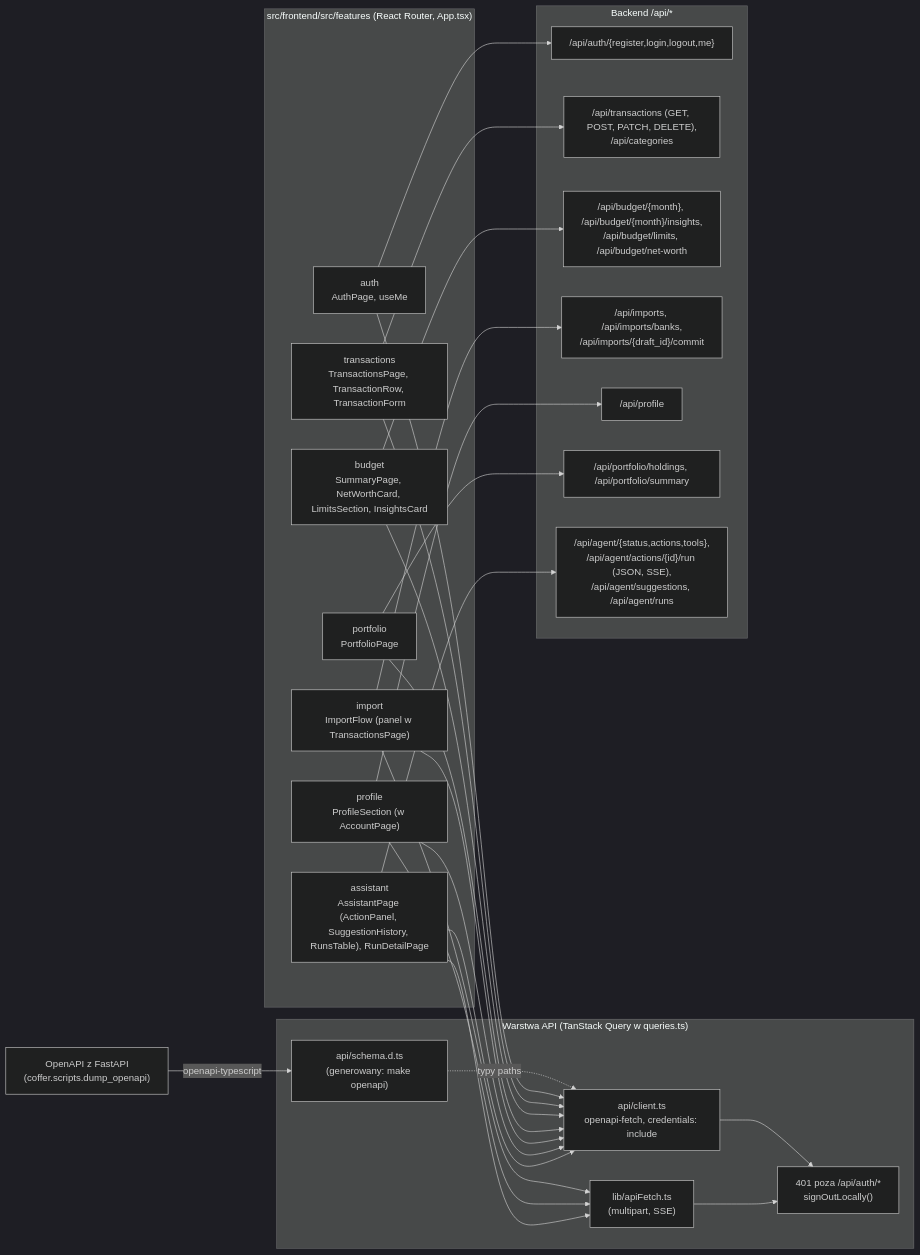
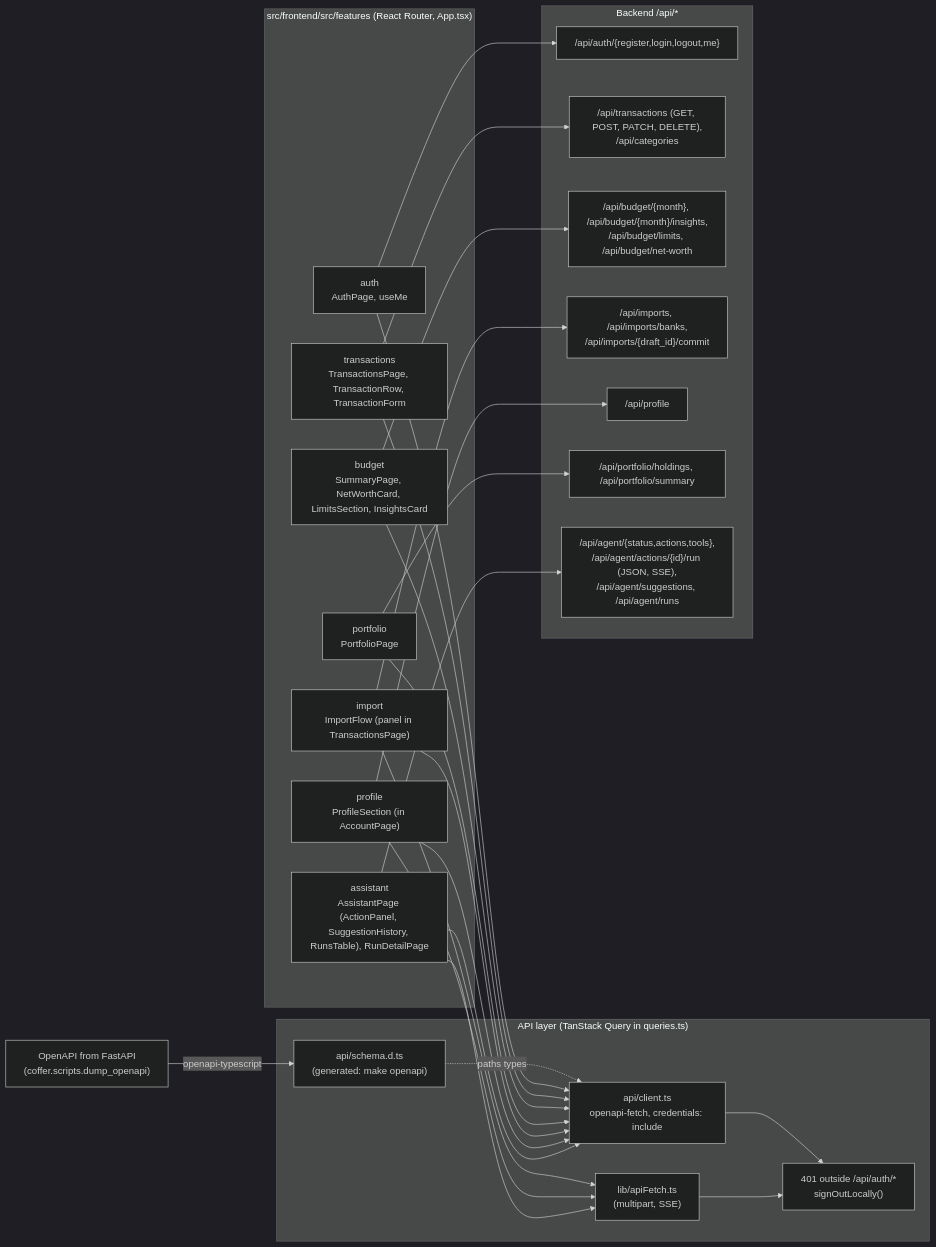
Before and after one commit to krzysztof-wojtowicz/coffer-demo: the fourth of 8 diagrams in docs/architecture.md, drawn with Mermaid (dark theme). The commit also changed other lines of this file and 147 other files, not shown here.

````diff
--- a/docs/architecture.md
+++ b/docs/architecture.md
@@ -206,51 +223,51 @@
 ```mermaid
 flowchart LR
     subgraph pages["src/frontend/src/features (React Router, App.tsx)"]
         auth["auth<br/>AuthPage, useMe"]
         tx["transactions<br/>TransactionsPage, TransactionRow, TransactionForm"]
         bud["budget<br/>SummaryPage, NetWorthCard, LimitsSection, InsightsCard"]
-        imp["import<br/>ImportFlow (panel w TransactionsPage)"]
-        prof["profile<br/>ProfileSection (w AccountPage)"]
+        imp["import<br/>ImportFlow (panel in TransactionsPage)"]
+        prof["profile<br/>ProfileSection (in AccountPage)"]
         port["portfolio<br/>PortfolioPage"]
         asst["assistant<br/>AssistantPage (ActionPanel, SuggestionHistory, RunsTable), RunDetailPage"]
     end
 
-    subgraph apilayer["Warstwa API (TanStack Query w queries.ts)"]
+    subgraph apilayer["API layer (TanStack Query in queries.ts)"]
         client["api/client.ts<br/>openapi-fetch, credentials: include"]
-        schema["api/schema.d.ts<br/>(generowany: make openapi)"]
+        schema["api/schema.d.ts<br/>(generated: make openapi)"]
         rawfetch["lib/apiFetch.ts<br/>(multipart, SSE)"]
-        guard["401 poza /api/auth/*<br/>signOutLocally()"]
+        guard["401 outside /api/auth/*<br/>signOutLocally()"]
     end
 
-    openapi["OpenAPI z FastAPI<br/>(coffer.scripts.dump_openapi)"]
+    openapi["OpenAPI from FastAPI<br/>(coffer.scripts.dump_openapi)"]
 
     subgraph endpoints["Backend /api/*"]
         e_auth["/api/auth/{register,login,logout,me}"]
         e_tx["/api/transactions (GET, POST, PATCH, DELETE),<br/>/api/categories"]
         e_bud["/api/budget/{month}, /api/budget/{month}/insights,<br/>/api/budget/limits, /api/budget/net-worth"]
         e_imp["/api/imports, /api/imports/banks,<br/>/api/imports/{draft_id}/commit"]
         e_prof["/api/profile"]
         e_port["/api/portfolio/holdings, /api/portfolio/summary"]
         e_agent["/api/agent/{status,actions,tools},<br/>/api/agent/actions/{id}/run (JSON, SSE),<br/>/api/agent/suggestions, /api/agent/runs"]
     end
 
     openapi -->|"openapi-typescript"| schema
-    schema -.->|"typy paths"| client
+    schema -.->|"paths types"| client
     auth & tx & bud & port --> client
     imp --> client
     imp --> rawfetch
     prof --> client
     prof --> rawfetch
     asst --> client
     asst --> rawfetch
     client --> guard
     rawfetch --> guard
 
     auth --> e_auth
     tx --> e_tx
     bud --> e_bud
     imp --> e_imp
     prof --> e_prof
     port --> e_port
     asst --> e_agent
 ```
````
